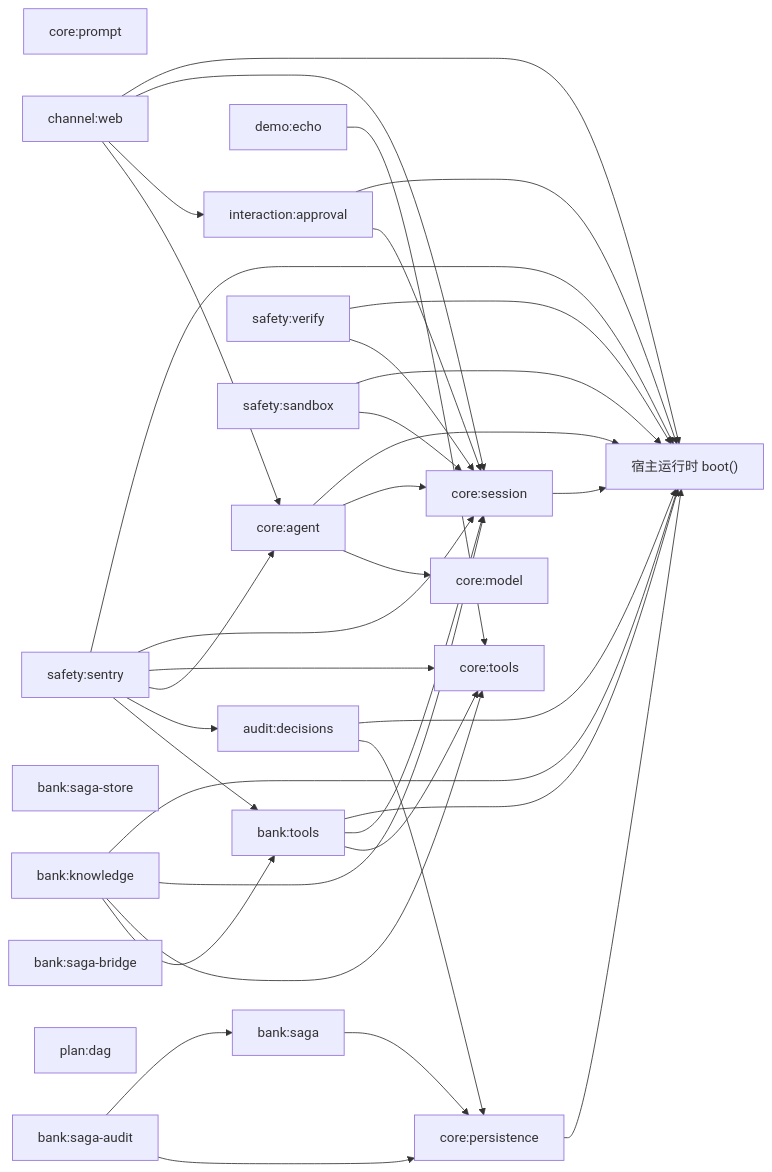
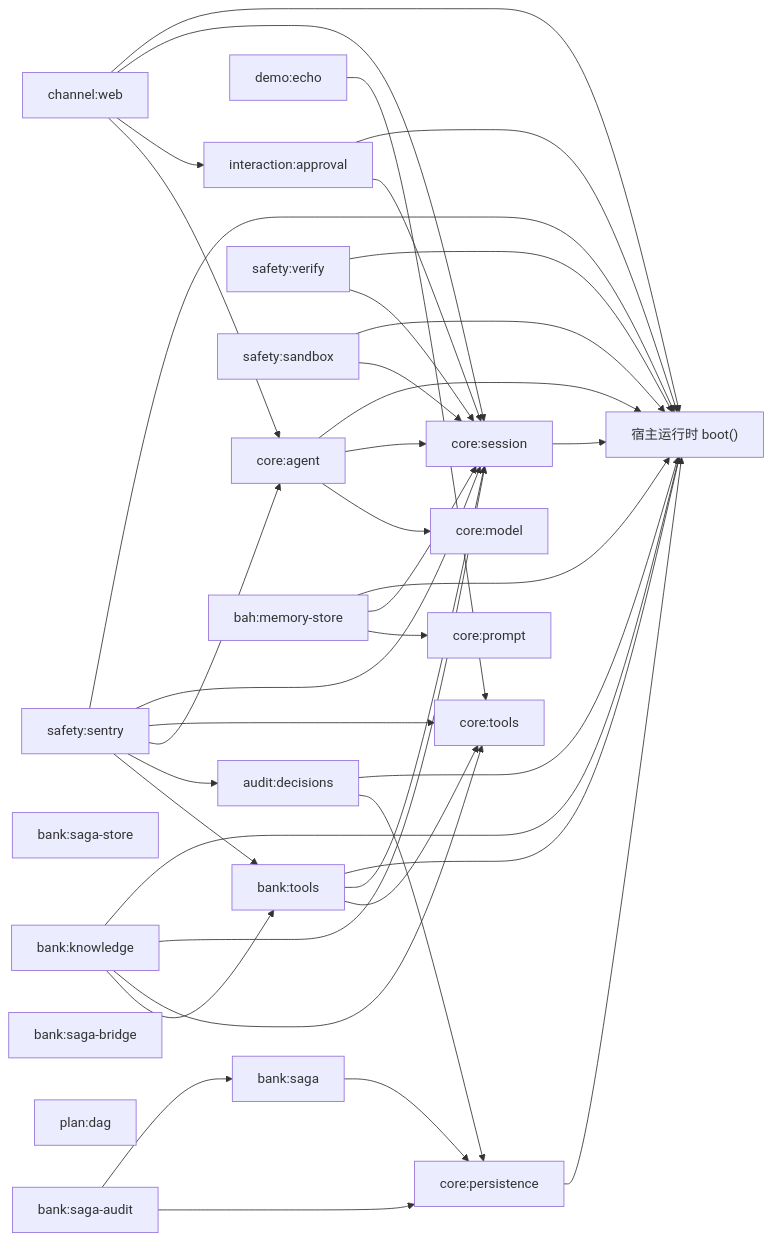
The first of 2 diagrams in docs/architecture.md (YYYPROBEE/BAH), drawn with Mermaid before and after one commit. The commit also changed other lines of this file and 29 other files, not shown here.

````diff
--- a/docs/architecture.md
+++ b/docs/architecture.md
@@ -76,57 +76,61 @@
 ```mermaid
 graph LR
   p0["core:session"]
   p1["core:tools"]
   p2["core:prompt"]
   p3["core:model"]
   p4["core:agent"]
   p5["core:persistence"]
   p6["audit:decisions"]
   p7["demo:echo"]
   p8["bank:tools"]
   p9["bank:knowledge"]
   p10["interaction:approval"]
   p11["safety:sentry"]
   p12["safety:verify"]
   p13["safety:sandbox"]
   p14["bank:saga-store"]
   p15["bank:saga"]
   p16["bank:saga-audit"]
   p17["bank:saga-bridge"]
   p18["plan:dag"]
-  p19["channel:web"]
+  p19["bah:memory-store"]
+  p20["channel:web"]
   p0 --> host["宿主运行时 boot()"]
   p10 --> host["宿主运行时 boot()"]
   p10 --> p0
   p11 --> host["宿主运行时 boot()"]
   p11 --> p0
   p11 --> p1
   p11 --> p4
   p11 --> p6
   p11 --> p8
   p12 --> host["宿主运行时 boot()"]
   p12 --> p0
   p13 --> host["宿主运行时 boot()"]
   p13 --> p0
   p15 --> p5
   p16 --> p15
   p16 --> p5
   p19 --> host["宿主运行时 boot()"]
   p19 --> p0
-  p19 --> p10
-  p19 --> p4
+  p19 --> p2
+  p20 --> host["宿主运行时 boot()"]
+  p20 --> p0
+  p20 --> p10
+  p20 --> p4
   p4 --> host["宿主运行时 boot()"]
   p4 --> p0
   p4 --> p3
   p5 --> host["宿主运行时 boot()"]
   p6 --> host["宿主运行时 boot()"]
   p6 --> p5
   p7 --> p1
   p8 --> host["宿主运行时 boot()"]
   p8 --> p0
   p8 --> p1
   p9 --> host["宿主运行时 boot()"]
   p9 --> p0
   p9 --> p1
   p9 --> p8
 ```
````
